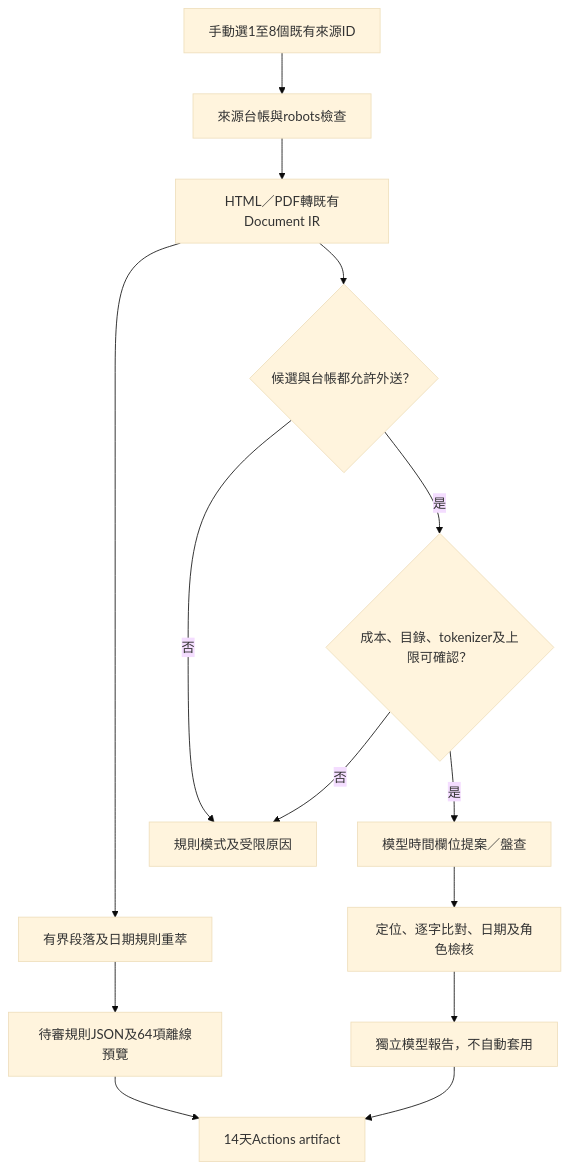
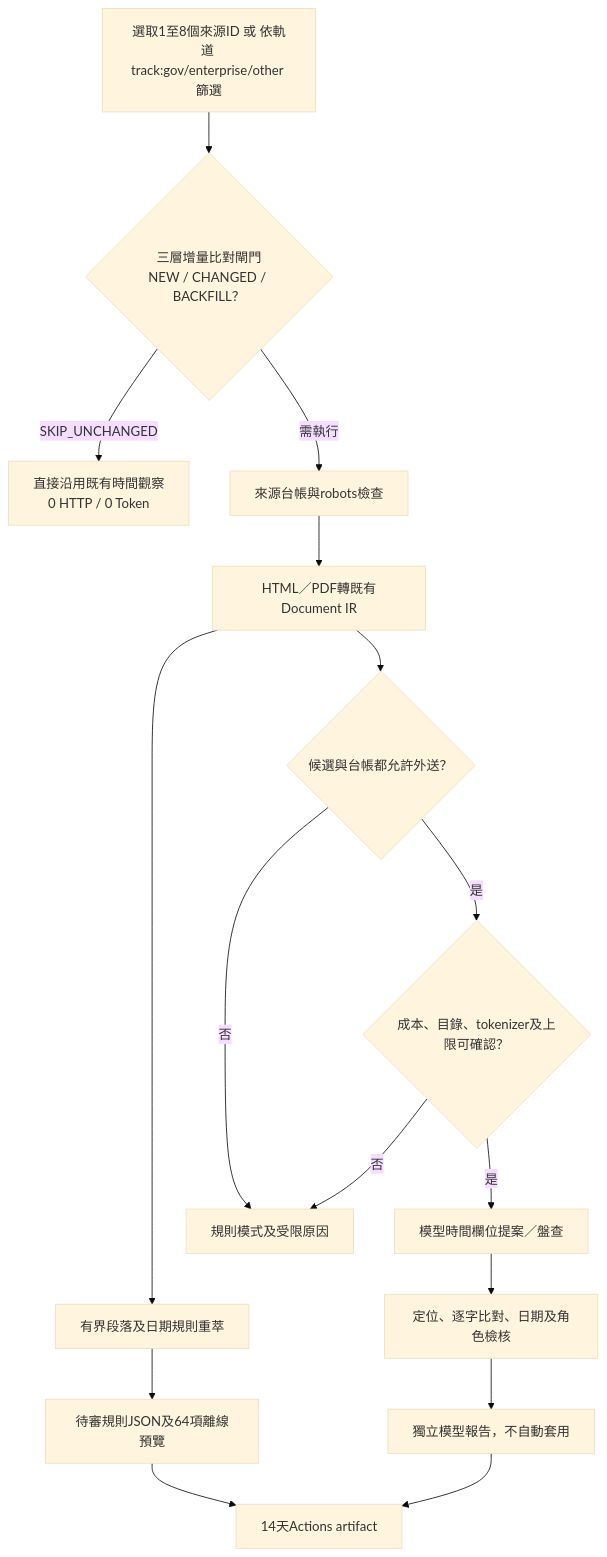
The diagram in docs/ACTIONS-TEMPORAL-EXTRACTION.md (matt-ye/opengsa), drawn with Mermaid (base theme) before and after one commit. The commit also changed other lines of this file and 5 other files, not shown here.

````diff
--- a/docs/ACTIONS-TEMPORAL-EXTRACTION.md
+++ b/docs/ACTIONS-TEMPORAL-EXTRACTION.md
@@ -7,16 +22,18 @@
 ```mermaid
 flowchart TD
- A[手動選1至8個既有來源ID] --> B[來源台帳與robots檢查]
+ A[選取1至8個來源ID 或 依軌道 track:gov/enterprise/other 篩選] --> A1{三層增量比對閘門<br>NEW / CHANGED / BACKFILL？}
+ A1 -->|SKIP_UNCHANGED| A2[直接沿用既有時間觀察<br>0 HTTP / 0 Token]
+ A1 -->|需執行| B[來源台帳與robots檢查]
  B --> C[HTML／PDF轉既有Document IR]
  C --> D[有界段落及日期規則重萃]
  C --> E{候選與台帳都允許外送？}
  E -->|否| F[規則模式及受限原因]
  E -->|是| G{成本、目錄、tokenizer及上限可確認？}
  G -->|否| F
  G -->|是| H[模型時間欄位提案／盤查]
  H --> I[定位、逐字比對、日期及角色檢核]
  D --> J[待審規則JSON及64項離線預覽]
  I --> K[獨立模型報告，不自動套用]
  J --> L[14天Actions artifact]
  K --> L
 ```
````
